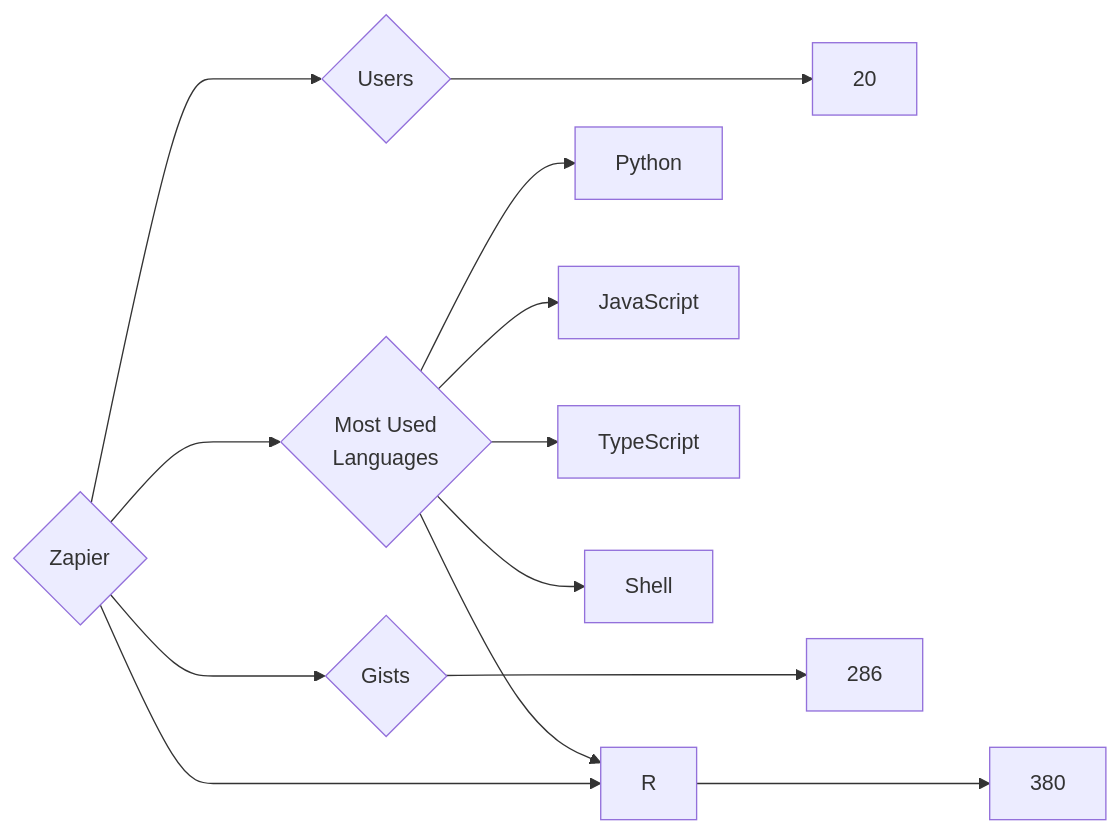
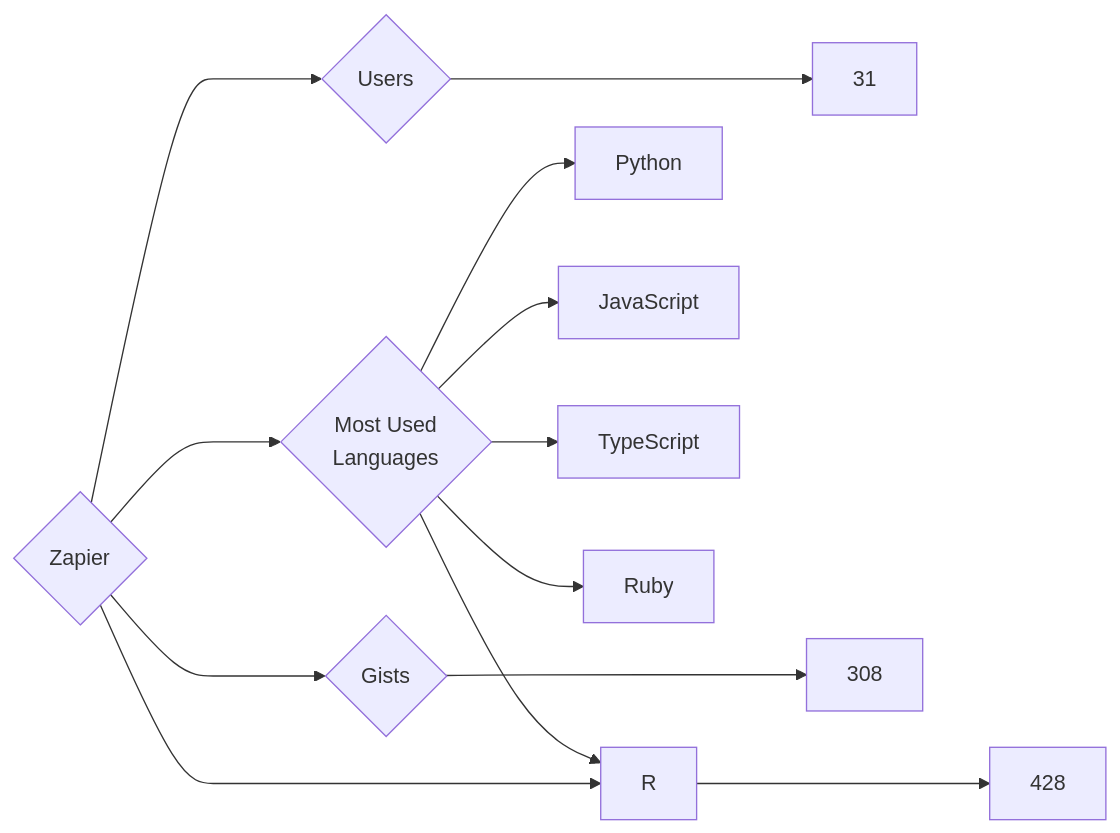
One commit to trickest/insiders changed the diagram in targets/Zapier/README.md. Above: the diagram before and after it, drawn with Mermaid. The commit also changed 829 other files, not shown here.

````diff
--- a/targets/Zapier/README.md
+++ b/targets/Zapier/README.md
@@ -3,13 +3,13 @@
 ```mermaid
 graph LR
 COMPANY_NAME{Zapier}
-COMPANY_NAME ---> U{Users} ---> UN[20]
-COMPANY_NAME ---> R{Repositories} ---> RN[380]
-COMPANY_NAME ---> G{Gists} ---> GN[286]
+COMPANY_NAME ---> U{Users} ---> UN[31]
+COMPANY_NAME ---> R{Repositories} ---> RN[428]
+COMPANY_NAME ---> G{Gists} ---> GN[308]
 COMPANY_NAME ---> ML{Most Used<br>Languages}
 ML --> Python[Python]
 ML --> JavaScript[JavaScript]
 ML --> R[R]
 ML --> TypeScript[TypeScript]
-ML --> Shell[Shell]
+ML --> Ruby[Ruby]
 ```
````
